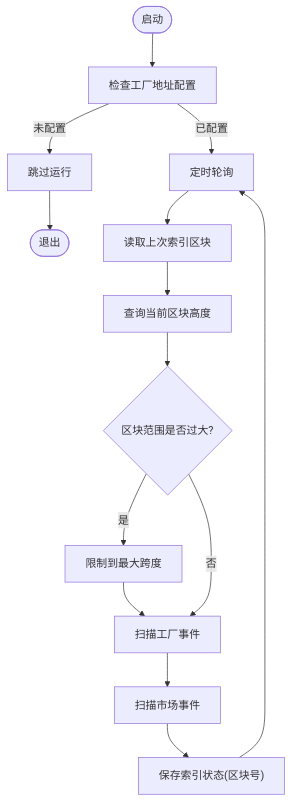
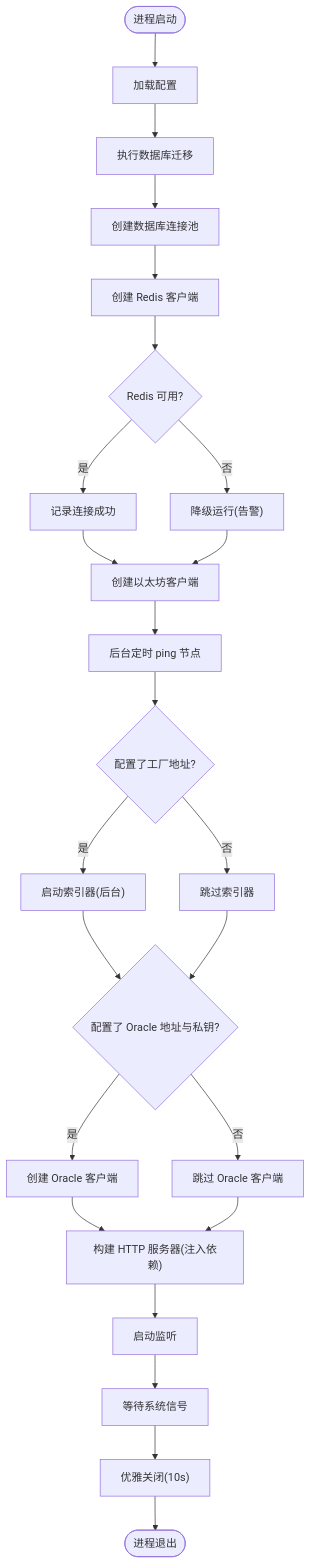
The fifth of 8 diagrams in backend/.qoder/repowiki/zh/content/架构设计/整体架构.md (SimonHofman/PredictionDIDSimple), drawn with Mermaid before and after one commit. The commit also changed other lines of this file and 162 other files, not shown here.

````diff
--- a/backend/.qoder/repowiki/zh/content/架构设计/整体架构.md
+++ b/backend/.qoder/repowiki/zh/content/架构设计/整体架构.md
@@ -205,16 +288,26 @@
 ```mermaid
 flowchart TD
-Start(["启动"]) --> CheckCfg["检查工厂地址配置"]
-CheckCfg --> |未配置| Exit["跳过运行"]
-CheckCfg --> |已配置| Loop["定时轮询"]
-Loop --> FetchState["读取上次索引区块"]
-FetchState --> Head["查询当前区块高度"]
-Head --> Range{"区块范围是否过大?"}
-Range --> |是| Limit["限制到最大跨度"]
-Range --> |否| ScanFactory["扫描工厂事件"]
-Limit --> ScanFactory
-ScanFactory --> ScanMarkets["扫描市场事件"]
-ScanMarkets --> SaveState["保存索引状态(区块号)"]
-SaveState --> Loop
-Exit --> End(["退出"])
+START(["进程启动"]) --> LOAD_CFG["加载配置"]
+LOAD_CFG --> RUN_MIG["执行数据库迁移"]
+RUN_MIG --> NEW_DB["创建数据库连接池"]
+NEW_DB --> NEW_REDIS["创建 Redis 客户端"]
+NEW_REDIS --> PING_REDIS{"Redis 可用?"}
+PING_REDIS --> |是| OK_REDIS["记录连接成功"]
+PING_REDIS --> |否| WARN_REDIS["降级运行(告警)"]
+OK_REDIS --> NEW_CHAIN["创建以太坊客户端"]
+WARN_REDIS --> NEW_CHAIN
+NEW_CHAIN --> BG_PING["后台定时 ping 节点"]
+BG_PING --> CHECK_FACTORY{"配置了工厂地址?"}
+CHECK_FACTORY --> |是| START_IDX["启动索引器(后台)"]
+CHECK_FACTORY --> |否| SKIP_IDX["跳过索引器"]
+START_IDX --> NEW_ORACLE{"配置了 Oracle 地址与私钥?"}
+SKIP_IDX --> NEW_ORACLE
+NEW_ORACLE --> |是| CREATE_ORACLE["创建 Oracle 客户端"]
+NEW_ORACLE --> |否| SKIP_ORACLE["跳过 Oracle 客户端"]
+CREATE_ORACLE --> BUILD_SRV["构建 HTTP 服务器(注入依赖)"]
+SKIP_ORACLE --> BUILD_SRV
+BUILD_SRV --> LISTEN["启动监听"]
+LISTEN --> WAIT_SIGNAL["等待系统信号"]
+WAIT_SIGNAL --> SHUTDOWN["优雅关闭(10s)"]
+SHUTDOWN --> END(["进程退出"])
 ```
````
